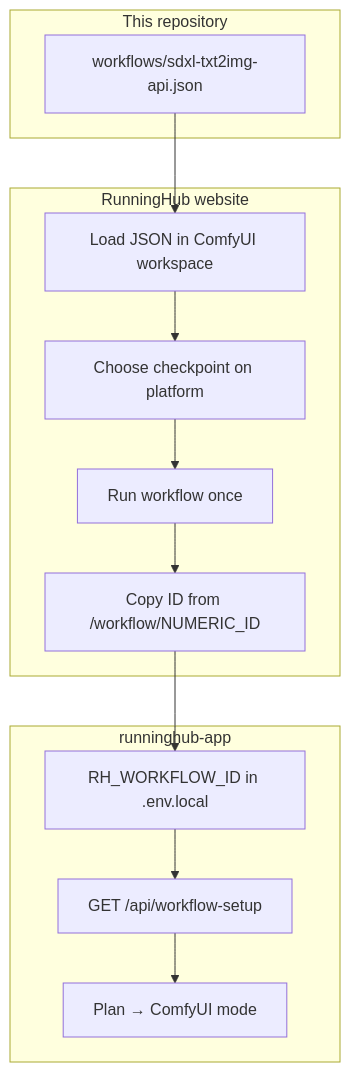
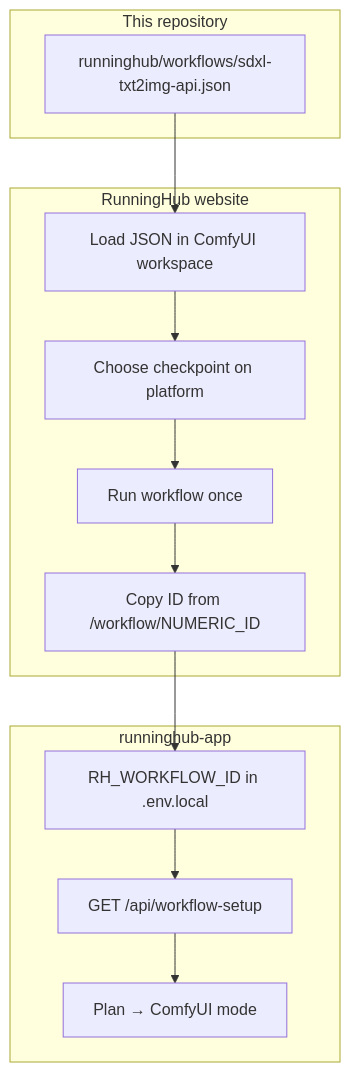
Before and after one commit to jxjwilliam/nsfw-app: the ninth of 12 diagrams in docs/implementation-guide.md, drawn with Mermaid. The commit also changed other lines of this file and 34 other files, not shown here.

````diff
--- a/docs/implementation-guide.md
+++ b/docs/implementation-guide.md
@@ -319,23 +349,23 @@
 ```mermaid
 flowchart TD
   subgraph repo [This repository]
-    JSON[workflows/sdxl-txt2img-api.json]
+    JSON[runninghub/workflows/sdxl-txt2img-api.json]
   end
 
   subgraph rhui [RunningHub website]
     Import[Load JSON in ComfyUI workspace]
     CKPT[Choose checkpoint on platform]
     RunOnce[Run workflow once]
     URL[Copy ID from /workflow/NUMERIC_ID]
   end
 
   subgraph app [runninghub-app]
     Env[RH_WORKFLOW_ID in .env.local]
     Verify[GET /api/workflow-setup]
     Use[Plan → ComfyUI mode]
   end
 
   JSON --> Import
   Import --> CKPT --> RunOnce --> URL
   URL --> Env --> Verify --> Use
 ```
````
